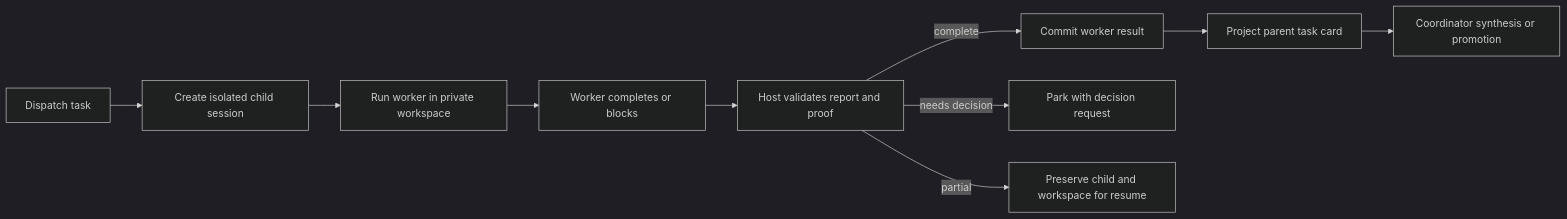
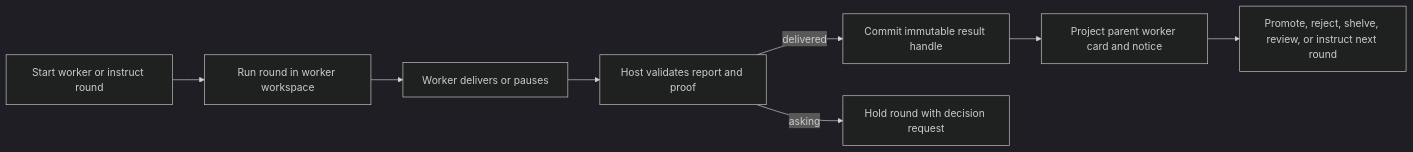
One commit to paintedwolf-ai/paintedwolf-code changed the diagram in docs/worker-result-contract.md. Above: the diagram before and after it, drawn with Mermaid (dark theme). The commit also changed other lines of this file and 65 other files, not shown here.

````diff
--- a/docs/worker-result-contract.md
+++ b/docs/worker-result-contract.md
@@ -31,12 +31,10 @@
 ```mermaid
 flowchart LR
-    D[Dispatch task] --> C[Create isolated child session]
-    C --> W[Run worker in private workspace]
-    W --> F[Worker completes or blocks]
+    D[Start worker or instruct round] --> W[Run round in worker workspace]
+    W --> F[Worker delivers or pauses]
     F --> V[Host validates report and proof]
-    V -->|complete| T[Commit worker result]
-    T --> P[Project parent task card]
-    V -->|needs decision| H[Park with decision request]
-    V -->|partial| R[Preserve child and workspace for resume]
-    P --> S[Coordinator synthesis or promotion]
+    V -->|delivered| T[Commit immutable result handle]
+    T --> P[Project parent worker card and notice]
+    V -->|asking| H[Hold round with decision request]
+    P --> S[Promote, reject, shelve, review, or instruct next round]
 ```
````
